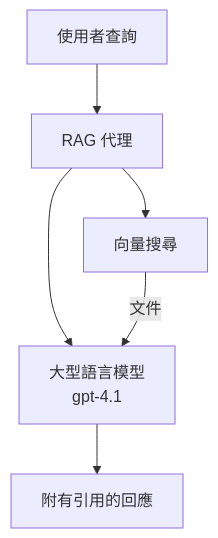
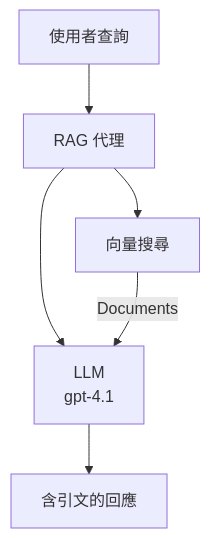
Before and after one commit to microsoft/AZD-for-beginners: the second of 3 diagrams in translations/zh-TW/docs/chapter-02-ai-development/agents.md, drawn with Mermaid. The commit also changed other lines of this file and 61 other files, not shown here.

````diff
--- a/translations/zh-TW/docs/chapter-02-ai-development/agents.md
+++ b/translations/zh-TW/docs/chapter-02-ai-development/agents.md
@@ -181,8 +181,8 @@
 ```mermaid
 graph TD
     Query[使用者查詢] --> RAG[RAG 代理]
     RAG --> Vector[向量搜尋]
-    RAG --> LLM[大型語言模型<br/>gpt-4.1]
-    Vector -- 文件 --> LLM
-    LLM --> Response[附有引用的回應]
+    RAG --> LLM[LLM<br/>gpt-4.1]
+    Vector -- Documents --> LLM
+    LLM --> Response[含引文的回應]
 ```
````
